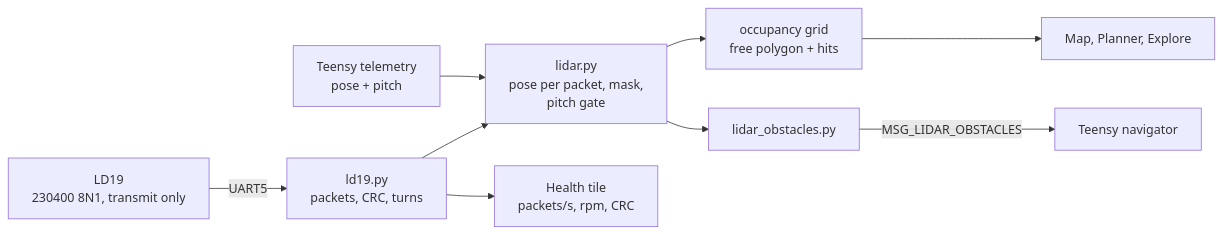
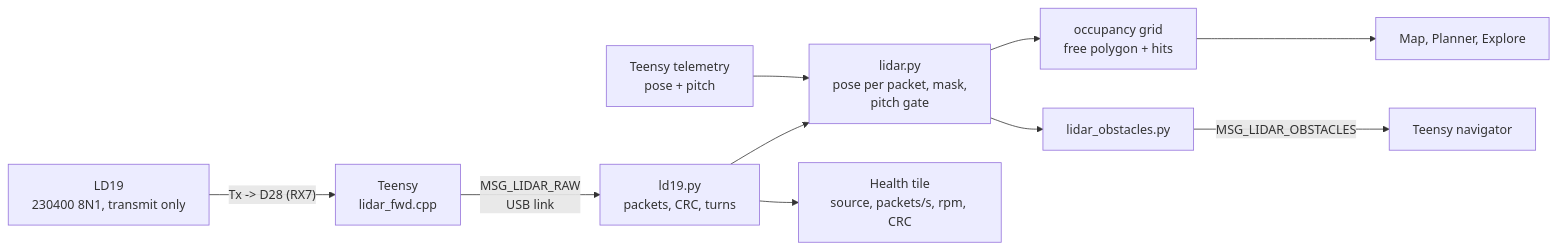
One commit to nespotts/self_balancing_robot_3 changed the first of 4 diagrams in docs/ld19.md. Above: the diagram before and after it, drawn with Mermaid. The commit also changed other lines of this file and 22 other files, not shown here.

````diff
--- a/docs/ld19.md
+++ b/docs/ld19.md
@@ -6,9 +7,10 @@
 ```mermaid
 flowchart LR
-  L[LD19<br>230400 8N1, transmit only] -- "UART5" --> R[ld19.py<br>packets, CRC, turns]
+  L[LD19<br>230400 8N1, transmit only] -- "Tx -> D28 (RX7)" --> F[Teensy<br>lidar_fwd.cpp]
+  F -- "MSG_LIDAR_RAW<br>USB link" --> R[ld19.py<br>packets, CRC, turns]
   T[Teensy telemetry<br>pose + pitch] --> P[lidar.py<br>pose per packet, mask,<br>pitch gate]
   R --> P --> G[occupancy grid<br>free polygon + hits]
   G --> M[Map, Planner, Explore]
-  R --> H[Health tile<br>packets/s, rpm, CRC]
+  R --> H[Health tile<br>source, packets/s, rpm, CRC]
   P --> O[lidar_obstacles.py] -- "MSG_LIDAR_OBSTACLES" --> N[Teensy navigator]
 ```
````
